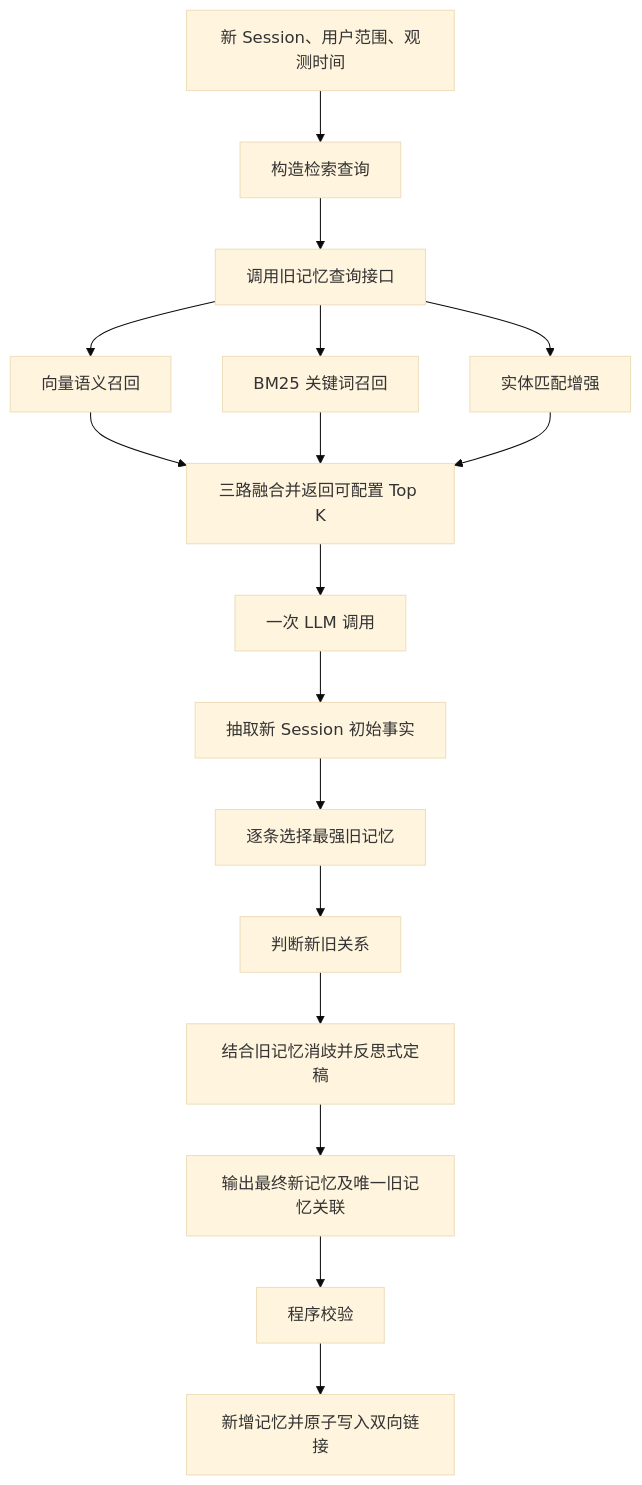
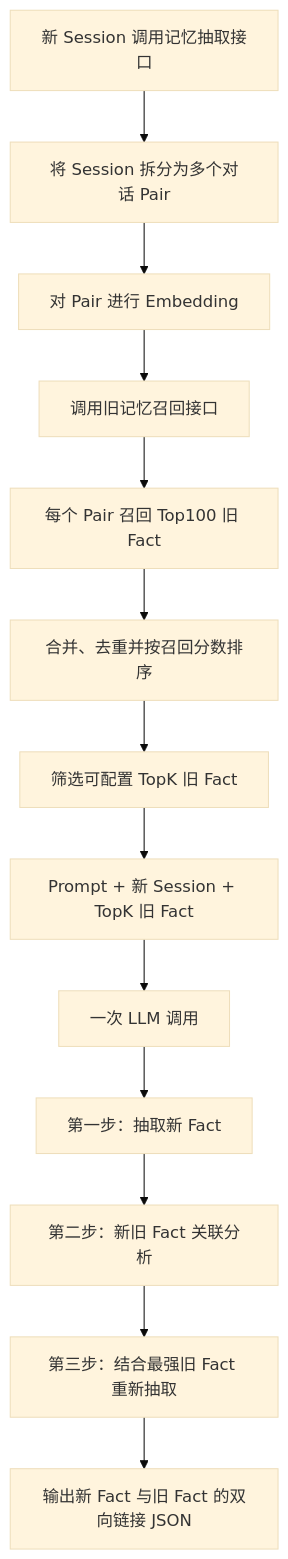
Before and after one commit to wait-stack/tech-insights: the diagram in 单次LLM调用_双向单链接记忆方案_v2_2026-08.md, drawn with Mermaid (base theme). The commit also changed other lines of this file, not shown here.

Commit message:
精简单次 LLM 记忆关联方案

````diff
--- a/单次LLM调用_双向单链接记忆方案_v2_2026-08.md
+++ b/单次LLM调用_双向单链接记忆方案_v2_2026-08.md
@@ -35,19 +44,15 @@
 ```mermaid
 flowchart TD
-    A["新 Session、用户范围、观测时间"] --> B["构造检索查询"]
-    B --> C["调用旧记忆查询接口"]
-    C --> C1["向量语义召回"]
-    C --> C2["BM25 关键词召回"]
-    C --> C3["实体匹配增强"]
-    C1 --> D["三路融合并返回可配置 Top K"]
-    C2 --> D
-    C3 --> D
-    D --> E["一次 LLM 调用"]
-    E --> E1["抽取新 Session 初始事实"]
-    E1 --> E2["逐条选择最强旧记忆"]
-    E2 --> E3["判断新旧关系"]
-    E3 --> E4["结合旧记忆消歧并反思式定稿"]
-    E4 --> F["输出最终新记忆及唯一旧记忆关联"]
-    F --> G["程序校验"]
-    G --> H["新增记忆并原子写入双向链接"]
+    A["新 Session 调用记忆抽取接口"] --> B["将 Session 拆分为多个对话 Pair"]
+    B --> C["对 Pair 进行 Embedding"]
+    C --> D["调用旧记忆召回接口"]
+    D --> E["每个 Pair 召回 Top100 旧 Fact"]
+    E --> F["合并、去重并按召回分数排序"]
+    F --> G["筛选可配置 TopK 旧 Fact"]
+    G --> H["Prompt + 新 Session + TopK 旧 Fact"]
+    H --> I["一次 LLM 调用"]
+    I --> I1["第一步：抽取新 Fact"]
+    I1 --> I2["第二步：新旧 Fact 关联分析"]
+    I2 --> I3["第三步：结合最强旧 Fact 重新抽取"]
+    I3 --> J["输出新 Fact 与旧 Fact 的双向链接 JSON"]
 ```
````
